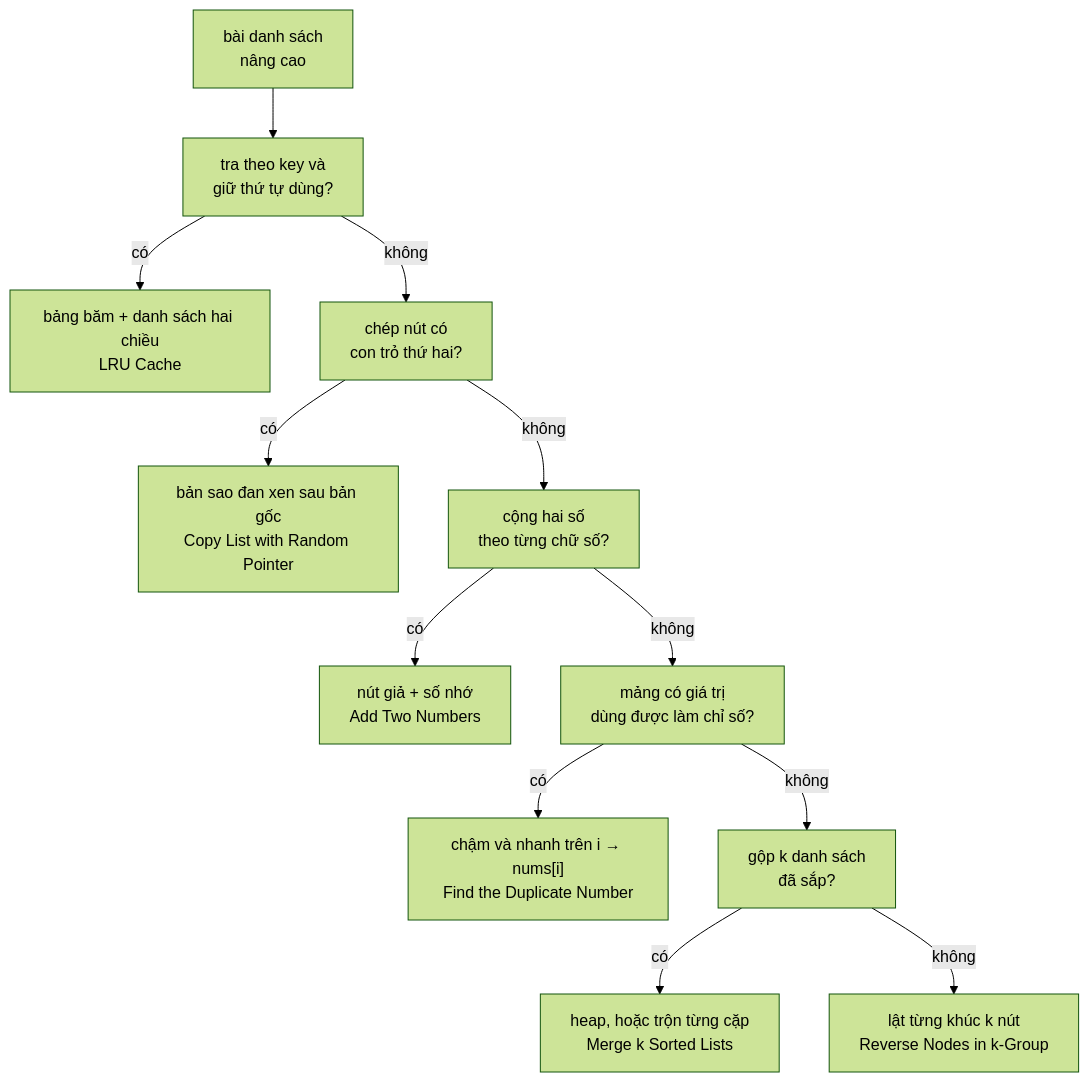
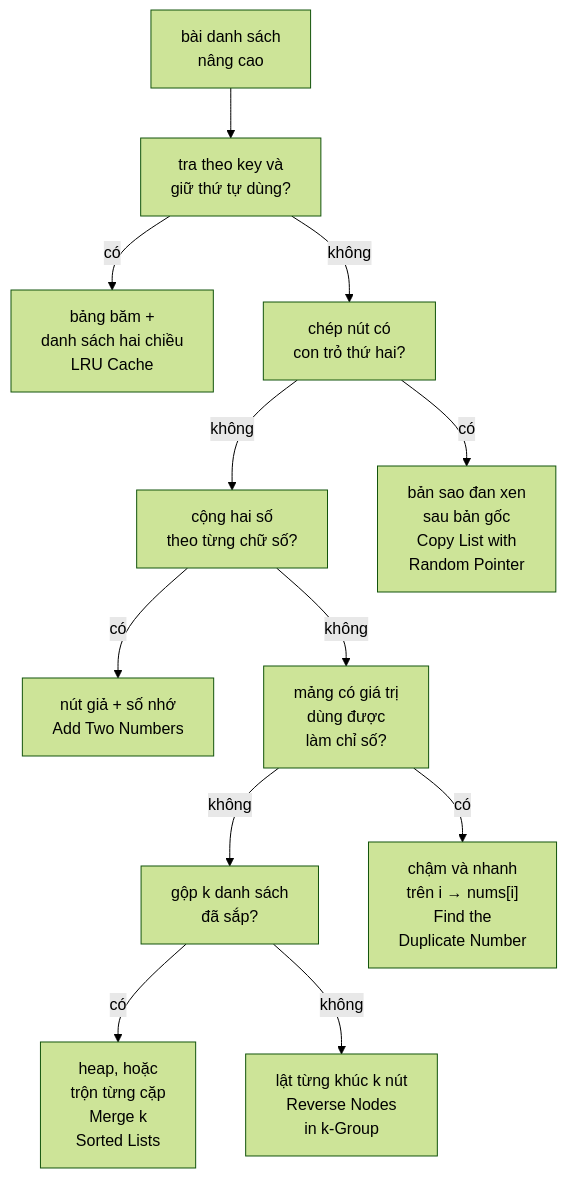
One commit to duongbui234/software-engineering-atlas changed the diagram in content/posts/2026-11-24-neetcode-advanced-linked-list.md. Above: the diagram before and after it, drawn with Mermaid (forest theme). The commit also changed 134 other files, not shown here.

First line of the commit message:
Fit every Mermaid diagram at 390px without sideways scroll (#56)

````diff
--- a/content/posts/2026-11-24-neetcode-advanced-linked-list.md
+++ b/content/posts/2026-11-24-neetcode-advanced-linked-list.md
@@ -54,14 +54,14 @@
 ```mermaid
 flowchart TB
   A["bài danh sách<br/>nâng cao"] --> B["tra theo key và<br/>giữ thứ tự dùng?"]
-  B -->|"có"| C["bảng băm + danh sách hai chiều<br/>LRU Cache"]
+  B -->|"có"| C["bảng băm +<br/>danh sách hai chiều<br/>LRU Cache"]
   B -->|"không"| D["chép nút có<br/>con trỏ thứ hai?"]
-  D -->|"có"| E["bản sao đan xen sau bản gốc<br/>Copy List with Random Pointer"]
   D -->|"không"| F["cộng hai số<br/>theo từng chữ số?"]
+  D -->|"có"| E["bản sao đan xen<br/>sau bản gốc<br/>Copy List with<br/>Random Pointer"]
   F -->|"có"| G["nút giả + số nhớ<br/>Add Two Numbers"]
-  F -->|"không"| H["mảng có giá trị<br/>dùng được làm chỉ số?"]
-  H -->|"có"| I["chậm và nhanh trên i → nums[i]<br/>Find the Duplicate Number"]
+  F -->|"không"| H["mảng có giá trị<br/>dùng được<br/>làm chỉ số?"]
   H -->|"không"| J["gộp k danh sách<br/>đã sắp?"]
-  J -->|"có"| K["heap, hoặc trộn từng cặp<br/>Merge k Sorted Lists"]
-  J -->|"không"| L["lật từng khúc k nút<br/>Reverse Nodes in k-Group"]
+  H -->|"có"| I["chậm và nhanh<br/>trên i → nums[i]<br/>Find the<br/>Duplicate Number"]
+  J -->|"có"| K["heap, hoặc<br/>trộn từng cặp<br/>Merge k<br/>Sorted Lists"]
+  J -->|"không"| L["lật từng khúc k nút<br/>Reverse Nodes<br/>in k-Group"]
 ```
````
